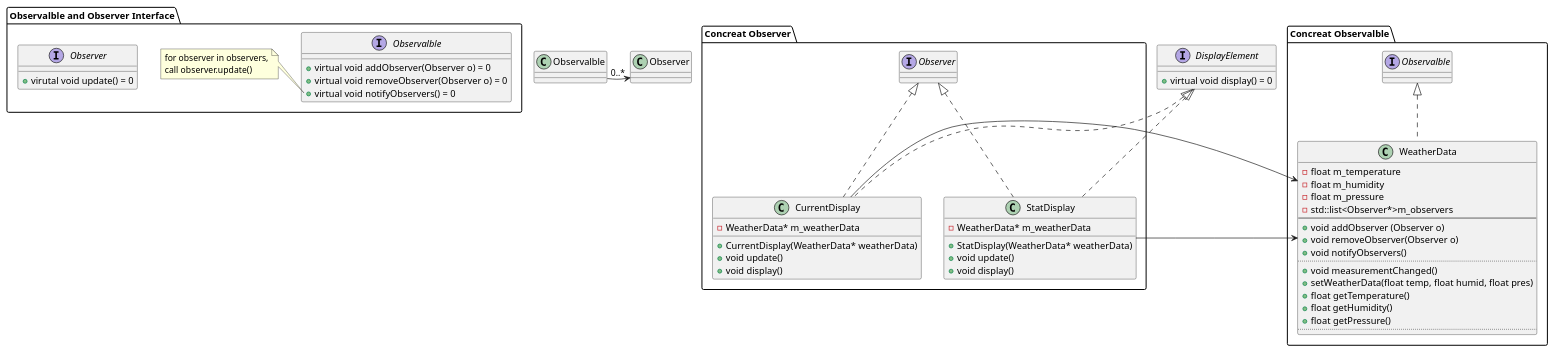
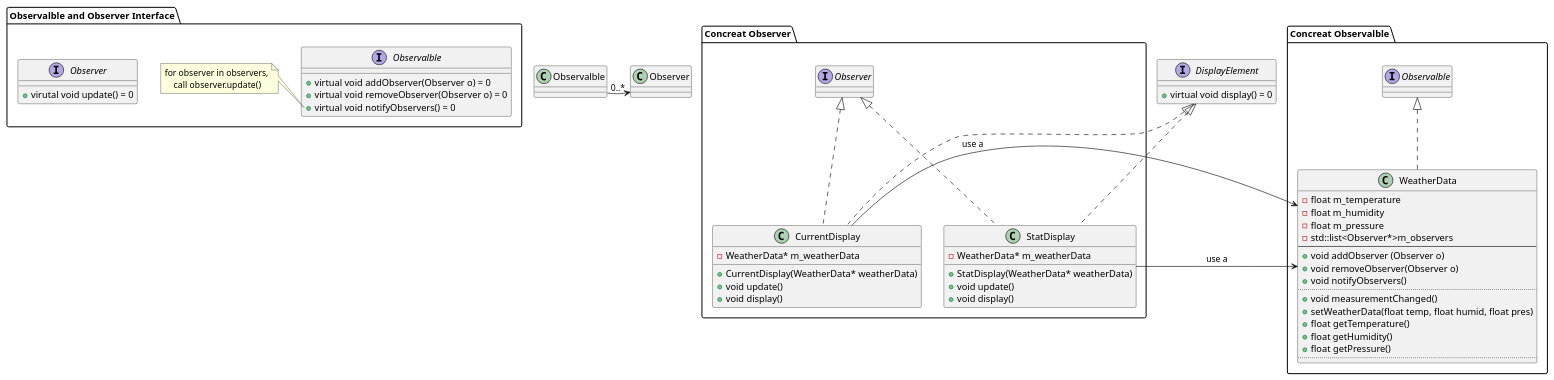
One commit to jwbecalm/Head-First-Design-Patterns-in-CPP changed the diagram in ch02_Observer/uml/Observer_class.plantuml. Above: the diagram before and after it, drawn with PlantUML. The commit also changed 3 other files, not shown here.

```diff
--- a/ch02_Observer/uml/Observer_class.plantuml
+++ b/ch02_Observer/uml/Observer_class.plantuml
@@ -1,96 +1,96 @@
 @startuml Observer Pattern
 package "Observalble and Observer Interface" {
     Interface Observalble{
         + virtual void addObserver(Observer o) = 0
         + virtual void removeObserver(Observer o) = 0
         + virtual void notifyObservers() = 0
     }
     note left of Observalble::notifyObservers
     for observer in observers,
-    call observer.update()
+        call observer.update()
     end note
 
     Interface Observer{
         + virutal void update() = 0
     }
 }
 
 
 
 package "Concreat Observalble"{
 class WeatherData implements  Observalble{
     ' store the weather data from weather station
     - float m_temperature
     - float m_humidity
     - float m_pressure
     ' store all the observers' pointer in list for nothify when weather data changed
     - std::list<Observer*>m_observers 
     --
     + void addObserver (Observer o)
     + void removeObserver(Observer o) 
     + void notifyObservers()
     ..
     ' when weather data changed, this method will be invoked
     + void measurementChanged()
     ' simulate weaher data changed
     + setWeatherData(float temp, float humid, float pres)
     ' get method for Observer use
     + float getTemperature()
     + float getHumidity()
     + float getPressure()
     ' new get method can be add for future requirement
     ..
 }
 }
 
 package "Concreat Observer"{
     class CurrentDisplay implements Observer{
         - WeatherData* m_weatherData
         + CurrentDisplay(WeatherData* weatherData)
         + void update()
         + void display()
     }
 
     class StatDisplay implements Observer{
         - WeatherData* m_weatherData
         + StatDisplay(WeatherData* weatherData)
         + void update()
         + void display()
     }
 }
 ' class ForecastDisplay implements Observer, DisplayElement{
 '     - WeatherData* m_weatherData
 '     + ForecastDisplay(WeatherData* weatherData)
 '     + void update()
 '     + void display()
 ' }
 ' class ThirdPartyDisplay implements Observer, DisplayElement{
 '     - WeatherData* m_weatherData
 '     + ThirdPartyDisplay(WeatherData* weatherData)
 '     + void update()
 '     + void display()
 ' }
 
 Interface DisplayElement{
     + virtual void display() = 0
     
 }
 
 
 Observalble -->"0..*" Observer
-CurrentDisplay --> WeatherData
-StatDisplay --> WeatherData
+CurrentDisplay --> WeatherData: use a 
+StatDisplay --> WeatherData: use a
 'ForecastDisplay --> WeatherData
 'ThirdPartyDisplay --> WeatherData
 
 DisplayElement <|.. CurrentDisplay
 DisplayElement <|.. StatDisplay
 
 'Layout modify
 Observalble -[hidden]> Observer 
 
 WeatherData -[hidden]> CurrentDisplay
 CurrentDisplay -[hidden]> StatDisplay 
 
 
 @enduml
```
